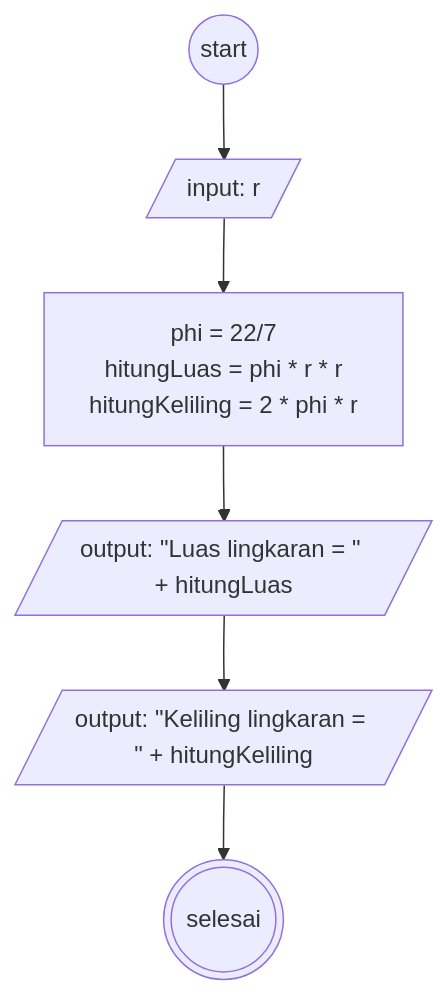
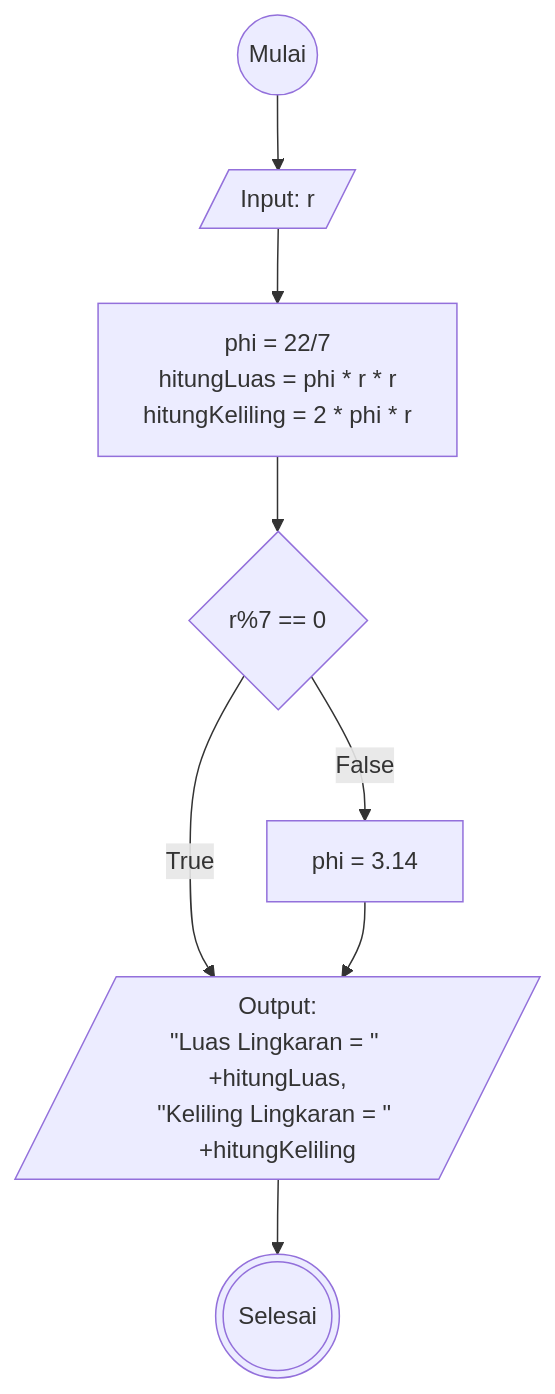
Before and after one commit to mslthn/koda-b6-javascript1: the diagram in readMe.md, drawn with Mermaid.

````diff
--- a/readMe.md
+++ b/readMe.md
@@ -5,15 +5,22 @@
 ```mermaid
 flowchart TD
+    mulai@{ shape: circ, label: "Mulai"}
+    input@{ shape: lean-r, label: "Input: r"}
+    defRumus@{ shape: rect, label: "phi = 22/7
+    hitungLuas = phi * r * r
+    hitungKeliling = 2 * phi * r"}
+    
+    if@{shape: diamond, label: "r%7 == 0"}
+    inP3@{ shape: rect, label: "phi = 3.14"}
+    
+    selesai@{ shape: dbl-circ, label: "Selesai"}
 
-mulai@{shape: circ, label: "start"}
-selesai@{shape: dbl-circ}
-inputR@{shape: lean-r, label: "input: r"}
-proses@{shape: rect, label: "phi = 22/7
-hitungLuas = phi * r * r
-hitungKeliling = 2 * phi * r"}
-outputLuas@{shape: lean-r, label: "output: #quot;Luas lingkaran = #quot; + hitungLuas"}
-outputKel@{shape: lean-r, label: "output: #quot;Keliling lingkaran = #quot; + hitungKeliling"}
+    output@{ shape: lean-r, label: "Output:
+    #quot;Luas Lingkaran = #quot; +hitungLuas,
+    #quot;Keliling Lingkaran = #quot; +hitungKeliling"}
 
-mulai-->inputR-->proses-->outputLuas
-outputLuas-->outputKel-->selesai
+    
+mulai-->input-->defRumus-->if
+if-->|True| output-->selesai
+if-->|False| inP3-->output
 ```
````
